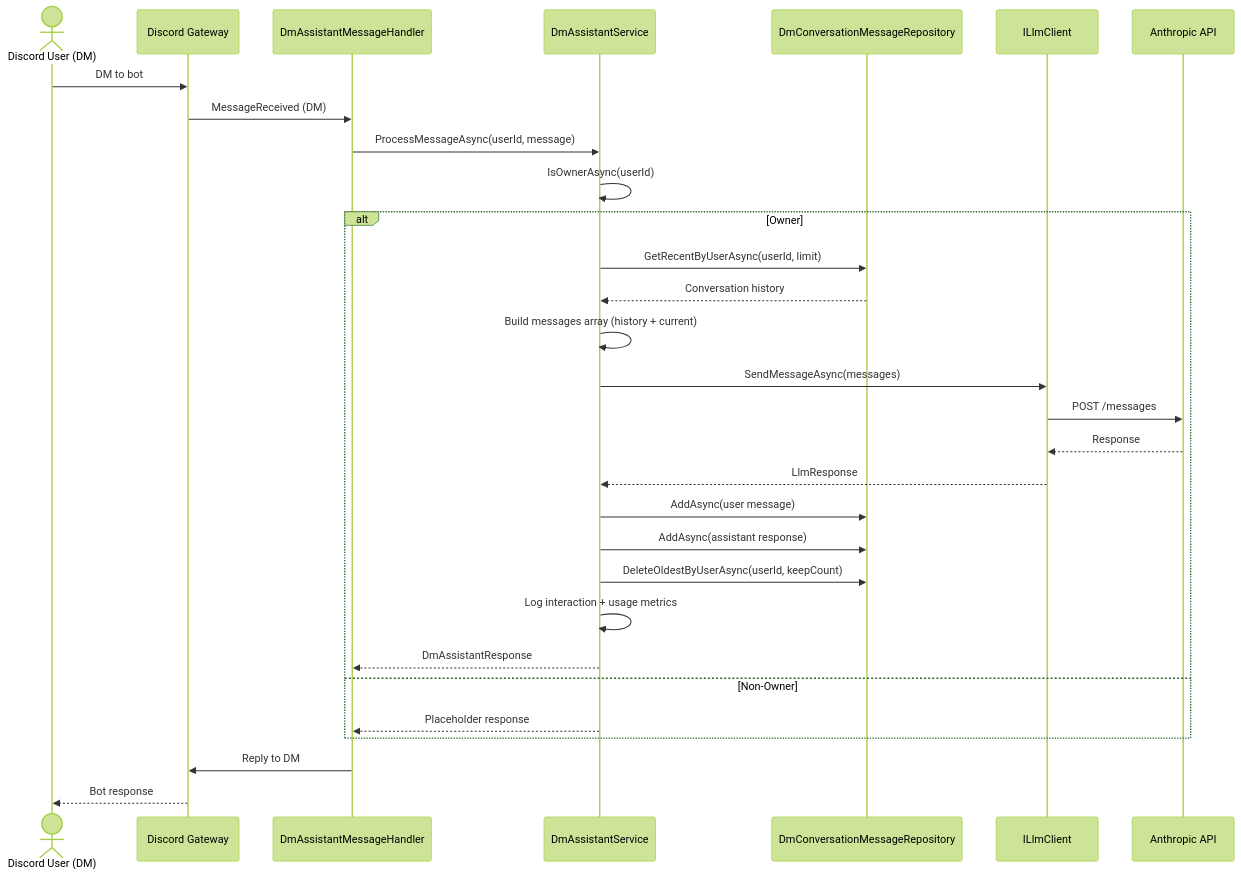
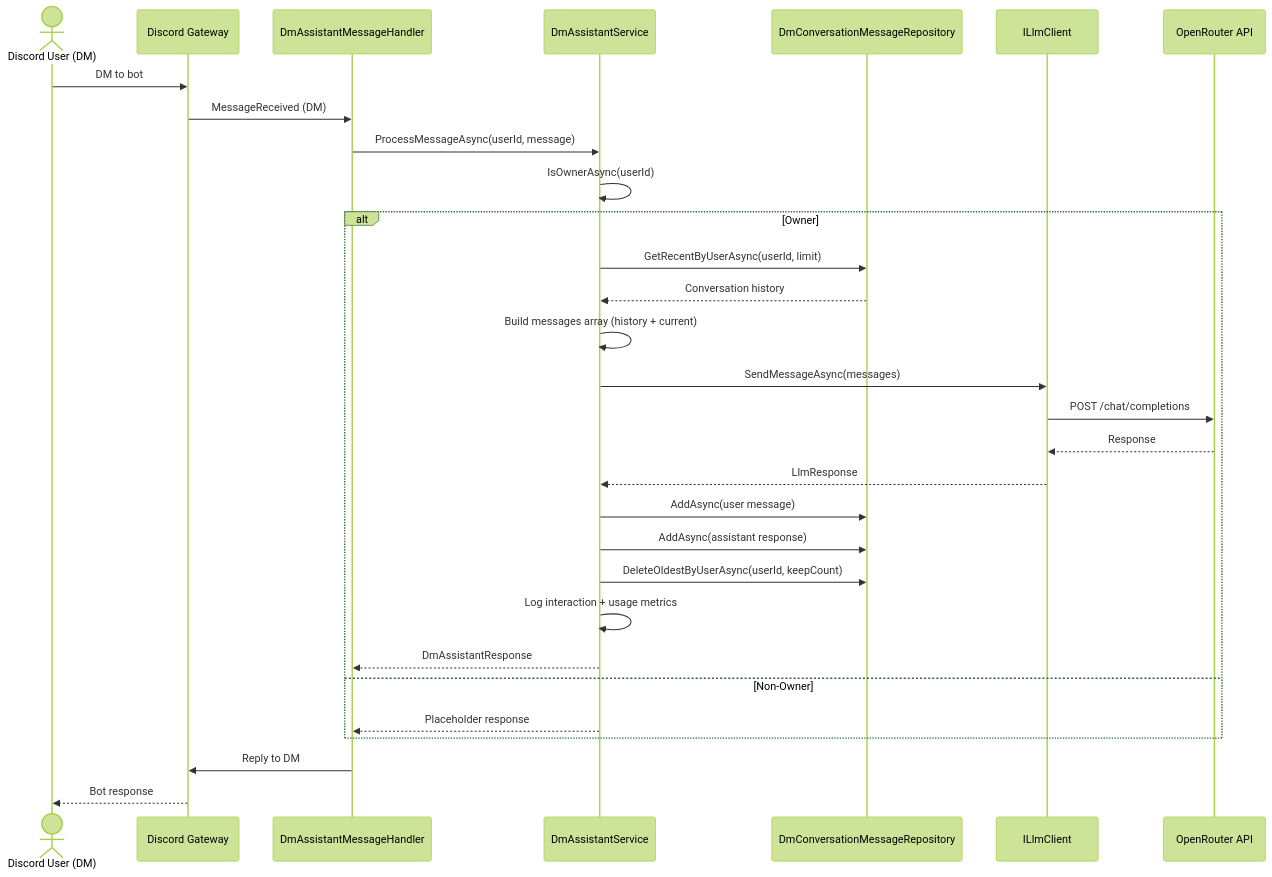
Before and after one commit to cpike5/discordbot: the seventh of 13 diagrams in docs/architecture-diagrams.md, drawn with Mermaid (forest theme). The commit also changed other lines of this file and 28 other files, not shown here.

````diff
--- a/docs/architecture-diagrams.md
+++ b/docs/architecture-diagrams.md
@@ -292,38 +292,38 @@
 ```mermaid
 sequenceDiagram
     actor User as Discord User (DM)
     participant Discord as Discord Gateway
     participant Handler as DmAssistantMessageHandler
     participant Svc as DmAssistantService
     participant Repo as DmConversationMessageRepository
     participant LLM as ILlmClient
-    participant API as Anthropic API
+    participant API as OpenRouter API
 
     User ->> Discord: DM to bot
     Discord ->> Handler: MessageReceived (DM)
     Handler ->> Svc: ProcessMessageAsync(userId, message)
 
     Svc ->> Svc: IsOwnerAsync(userId)
 
     alt Owner
         Svc ->> Repo: GetRecentByUserAsync(userId, limit)
         Repo -->> Svc: Conversation history
         Svc ->> Svc: Build messages array (history + current)
         Svc ->> LLM: SendMessageAsync(messages)
-        LLM ->> API: POST /messages
+        LLM ->> API: POST /chat/completions
         API -->> LLM: Response
         LLM -->> Svc: LlmResponse
 
         Svc ->> Repo: AddAsync(user message)
         Svc ->> Repo: AddAsync(assistant response)
         Svc ->> Repo: DeleteOldestByUserAsync(userId, keepCount)
 
         Svc ->> Svc: Log interaction + usage metrics
         Svc -->> Handler: DmAssistantResponse
     else Non-Owner
         Svc -->> Handler: Placeholder response
     end
 
     Handler ->> Discord: Reply to DM
     Discord -->> User: Bot response
 ```
````
